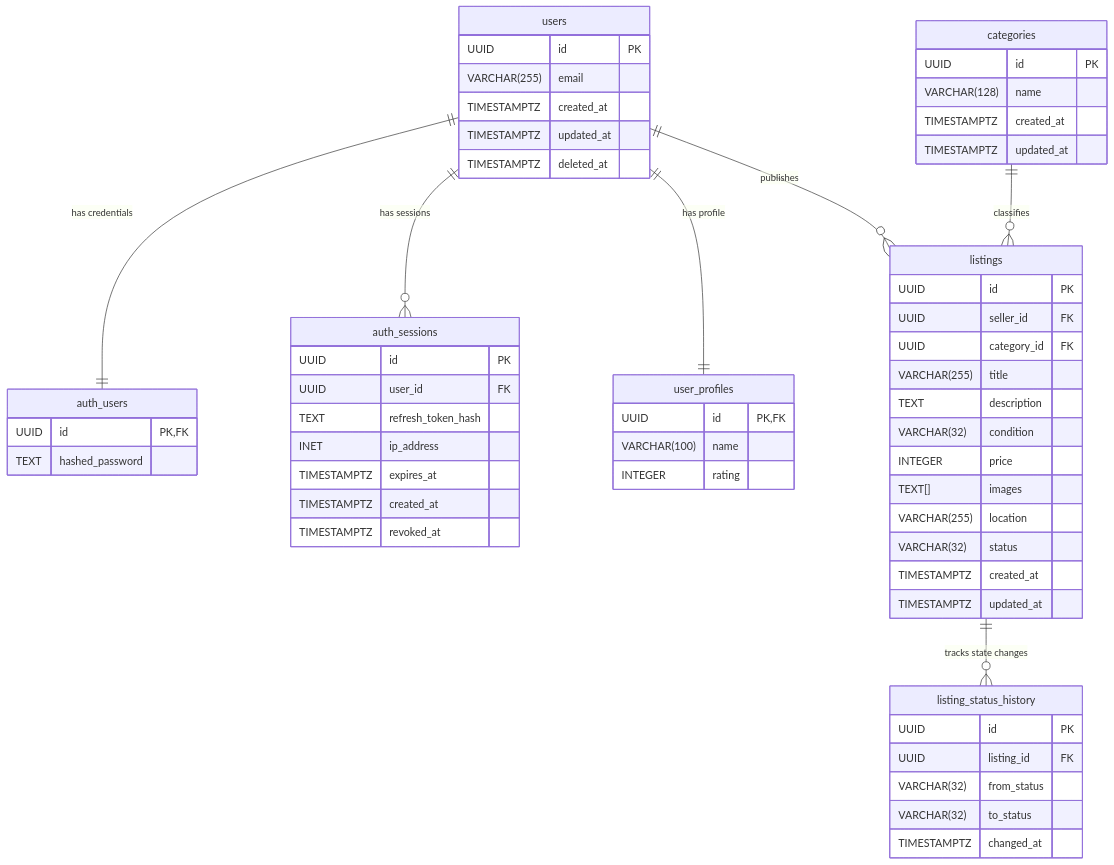
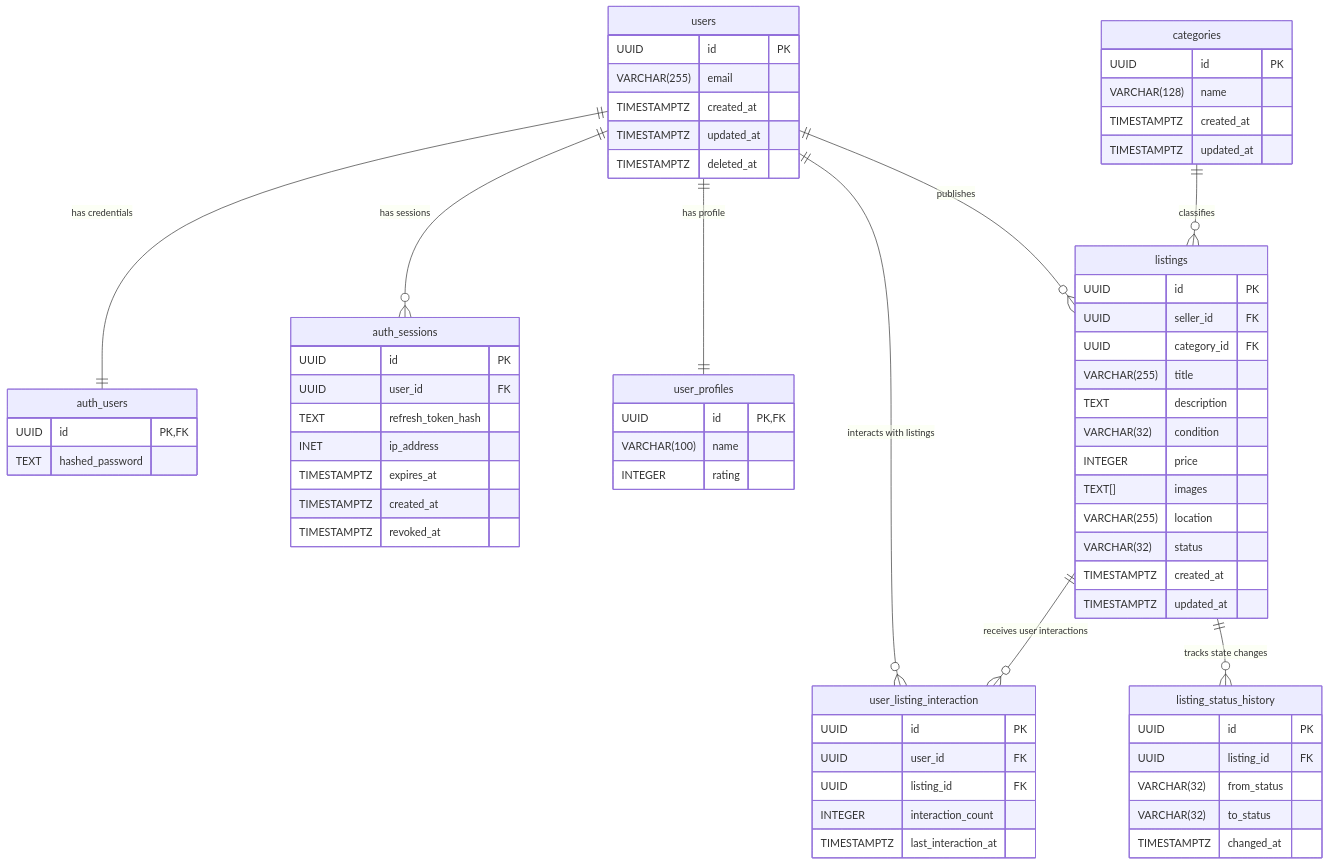
Before and after one commit to Moviles-ISIS3510-S4-G44/backend: the diagram in docs/schema/schema.mmd, drawn with Mermaid. The commit also changed 1 other file, not shown here.

Commit message:
docs: update mermaid schema diagrams with interactions table
Agent-Logs-Url: https://github.com/Moviles-ISIS3510-S4-G44/backend/sessions/c18b1102-5bc7-4368-8d12-6e123409043b

```diff
--- a/docs/schema/schema.mmd
+++ b/docs/schema/schema.mmd
@@ -1,67 +1,77 @@
 erDiagram
 
     users {
         UUID id PK
         VARCHAR(255) email
         TIMESTAMPTZ created_at
         TIMESTAMPTZ updated_at
         TIMESTAMPTZ deleted_at
     }
 
     auth_users {
         UUID id PK, FK
         TEXT hashed_password
     }
 
     auth_sessions {
         UUID id PK
         UUID user_id FK
         TEXT refresh_token_hash
         INET ip_address
         TIMESTAMPTZ expires_at
         TIMESTAMPTZ created_at
         TIMESTAMPTZ revoked_at
     }
 
     user_profiles {
         UUID id PK, FK
         VARCHAR(100) name
         INTEGER rating
     }
 
     categories {
         UUID id PK
         VARCHAR(128) name
         TIMESTAMPTZ created_at
         TIMESTAMPTZ updated_at
     }
 
     listings {
         UUID id PK
         UUID seller_id FK
         UUID category_id FK
         VARCHAR(255) title
         TEXT description
         VARCHAR(32) condition
         INTEGER price
         TEXT[] images
         VARCHAR(255) location
         VARCHAR(32) status
         TIMESTAMPTZ created_at
         TIMESTAMPTZ updated_at
     }
 
     listing_status_history {
         UUID id PK
         UUID listing_id FK
         VARCHAR(32) from_status
         VARCHAR(32) to_status
         TIMESTAMPTZ changed_at
     }
 
+    user_listing_interaction {
+        UUID id PK
+        UUID user_id FK
+        UUID listing_id FK
+        INTEGER interaction_count
+        TIMESTAMPTZ last_interaction_at
+    }
+
     users ||--|| auth_users : "has credentials"
     users ||--o{ auth_sessions : "has sessions"
     users ||--|| user_profiles : "has profile"
     users ||--o{ listings : "publishes"
     categories ||--o{ listings : "classifies"
     listings ||--o{ listing_status_history : "tracks state changes"
+    users ||--o{ user_listing_interaction : "interacts with listings"
+    listings ||--o{ user_listing_interaction : "receives user interactions"
```
